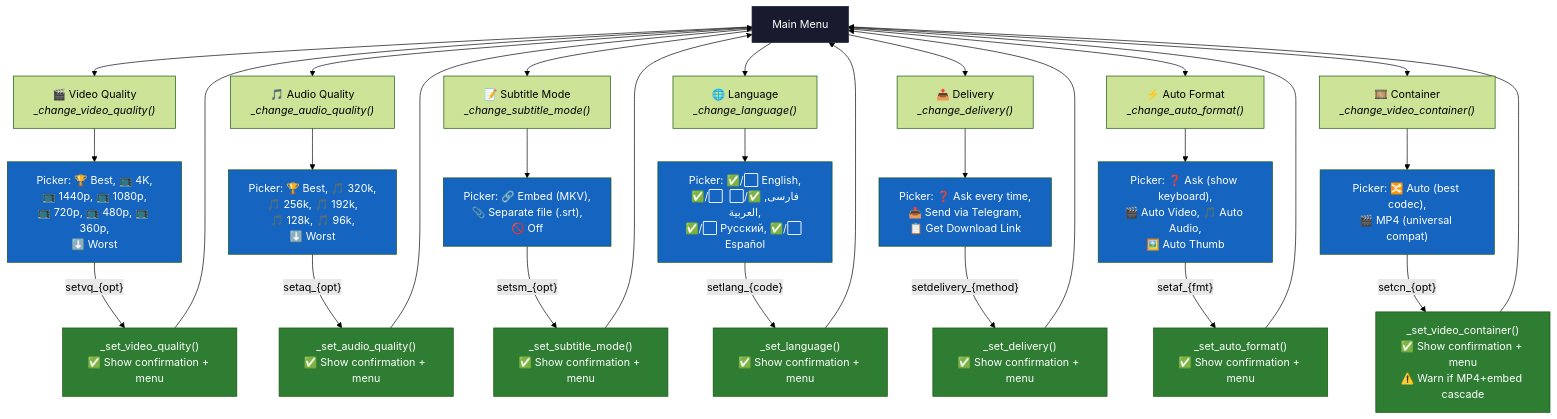
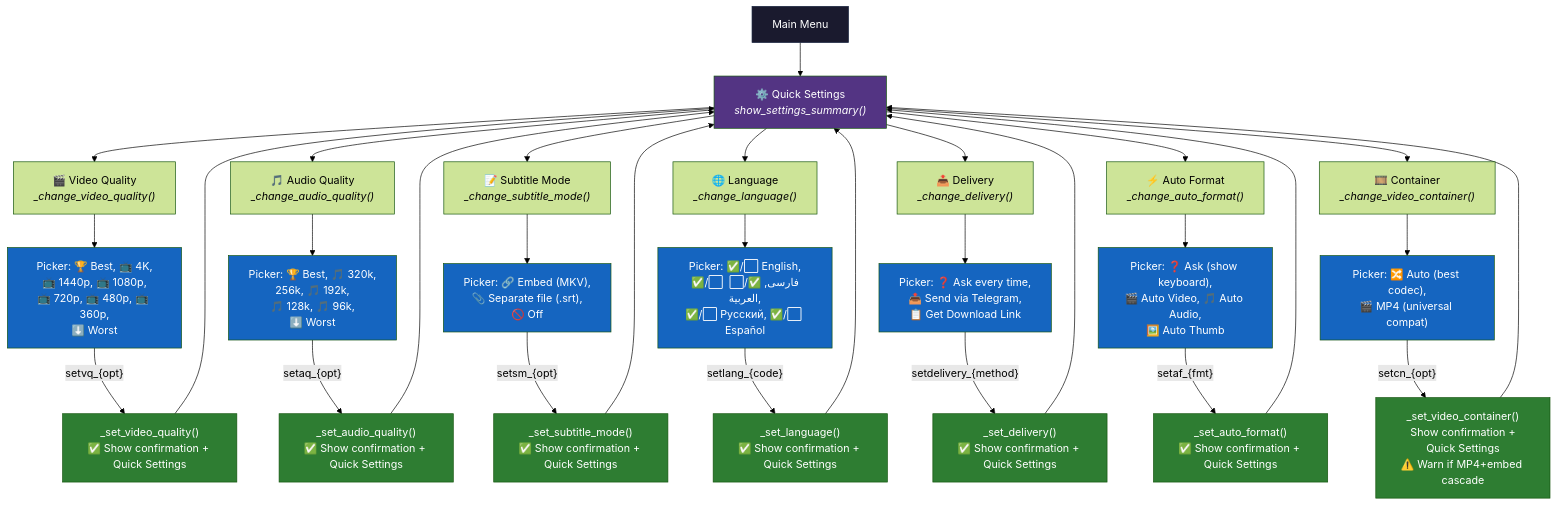
Before and after one commit to HoomanJCode/Telegram_Yt_Bot: the fifth of 17 diagrams in docs/USER_FLOWS.md, drawn with Mermaid (forest theme). The commit also changed other lines of this file, not shown here.

First line of the commit message:
docs(user-flows): update USER_FLOWS.md for redesigned main menu and Quick Settings

````diff
--- a/docs/USER_FLOWS.md
+++ b/docs/USER_FLOWS.md
@@ -156,49 +200,52 @@
 ```mermaid
 flowchart TD
-    MAIN["Main Menu"] --> VQ["🎬 Video Quality<br/><i>_change_video_quality()</i>"]
-    MAIN --> AQ["🎵 Audio Quality<br/><i>_change_audio_quality()</i>"]
-    MAIN --> SM["📝 Subtitle Mode<br/><i>_change_subtitle_mode()</i>"]
-    MAIN --> LANG["🌐 Language<br/><i>_change_language()</i>"]
-    MAIN --> DEL["📤 Delivery<br/><i>_change_delivery()</i>"]
-    MAIN --> AF["⚡ Auto Format<br/><i>_change_auto_format()</i>"]
-    MAIN --> CN["🎞️ Container<br/><i>_change_video_container()</i>"]
+    MAIN["Main Menu"] --> CFG["⚙️ Quick Settings<br/><i>show_settings_summary()</i>"]
+
+    CFG --> VQ["🎬 Video Quality<br/><i>_change_video_quality()</i>"]
+    CFG --> AQ["🎵 Audio Quality<br/><i>_change_audio_quality()</i>"]
+    CFG --> SM["📝 Subtitle Mode<br/><i>_change_subtitle_mode()</i>"]
+    CFG --> LANG["🌐 Language<br/><i>_change_language()</i>"]
+    CFG --> DEL["📤 Delivery<br/><i>_change_delivery()</i>"]
+    CFG --> AF["⚡ Auto Format<br/><i>_change_auto_format()</i>"]
+    CFG --> CN["🎞️ Container<br/><i>_change_video_container()</i>"]
 
     VQ --> VQ_PICK["Picker: 🏆 Best, 📺 4K,<br/>📺 1440p, 📺 1080p,<br/>📺 720p, 📺 480p, 📺 360p,<br/>⬇️ Worst"]
-    VQ_PICK -->|"setvq_{opt}"| VQ_SET["_set_video_quality()<br/>✅ Show confirmation + menu"]
+    VQ_PICK -->|"setvq_{opt}"| VQ_SET["_set_video_quality()<br/>✅ Show confirmation + Quick Settings"]
 
-    AQ --> AQ_PICK["Picker: 🏆 Best, 🎵 320k,<br/>🎵 256k, 🎵 192k,<br/>🎵 128k, 🎵 96k,<br/>⬇️ Worst"]
-    AQ_PICK -->|"setaq_{opt}"| AQ_SET["_set_audio_quality()<br/>✅ Show confirmation + menu"]
+    AQ --> AQ_PICK["Picker: 🏆 Best, 🎵 320k,<br/> 256k, 🎵 192k,<br/>🎵 128k, 🎵 96k,<br/>⬇️ Worst"]
+    AQ_PICK -->|"setaq_{opt}"| AQ_SET["_set_audio_quality()<br/>✅ Show confirmation + Quick Settings"]
 
     SM --> SM_PICK["Picker: 🔗 Embed (MKV),<br/>📎 Separate file (.srt),<br/>🚫 Off"]
-    SM_PICK -->|"setsm_{opt}"| SM_SET["_set_subtitle_mode()<br/>✅ Show confirmation + menu"]
+    SM_PICK -->|"setsm_{opt}"| SM_SET["_set_subtitle_mode()<br/>✅ Show confirmation + Quick Settings"]
 
     LANG --> LANG_PICK["Picker: ✅/⬜ English,<br/>✅/⬜ فارسی, ✅/⬜ العربية,<br/>✅/⬜ Русский, ✅/⬜ Español"]
-    LANG_PICK -->|"setlang_{code}"| LANG_SET["_set_language()<br/>✅ Show confirmation + menu"]
+    LANG_PICK -->|"setlang_{code}"| LANG_SET["_set_language()<br/>✅ Show confirmation + Quick Settings"]
 
     DEL --> DEL_PICK["Picker: ❓ Ask every time,<br/>📤 Send via Telegram,<br/>📋 Get Download Link"]
-    DEL_PICK -->|"setdelivery_{method}"| DEL_SET["_set_delivery()<br/>✅ Show confirmation + menu"]
+    DEL_PICK -->|"setdelivery_{method}"| DEL_SET["_set_delivery()<br/>✅ Show confirmation + Quick Settings"]
 
     AF --> AF_PICK["Picker: ❓ Ask (show keyboard),<br/>🎬 Auto Video, 🎵 Auto Audio,<br/>🖼️ Auto Thumb"]
-    AF_PICK -->|"setaf_{fmt}"| AF_SET["_set_auto_format()<br/>✅ Show confirmation + menu"]
+    AF_PICK -->|"setaf_{fmt}"| AF_SET["_set_auto_format()<br/>✅ Show confirmation + Quick Settings"]
 
     CN --> CN_PICK["Picker: 🔀 Auto (best codec),<br/>🎬 MP4 (universal compat)"]
-    CN_PICK -->|"setcn_{opt}"| CN_SET["_set_video_container()<br/>✅ Show confirmation + menu<br/>⚠️ Warn if MP4+embed cascade"]
+    CN_PICK -->|"setcn_{opt}"| CN_SET["_set_video_container()<br/> Show confirmation + Quick Settings<br/>⚠️ Warn if MP4+embed cascade"]
 
-    VQ_SET & AQ_SET & SM_SET & LANG_SET & DEL_SET & AF_SET & CN_SET --> MAIN
+    VQ_SET & AQ_SET & SM_SET & LANG_SET & DEL_SET & AF_SET & CN_SET --> CFG
 
     style MAIN fill:#1a1a2e,color:#fff,stroke:#16213e
+    style CFG fill:#533483,color:#fff
     style VQ_PICK fill:#1565c0,color:#fff
     style AQ_PICK fill:#1565c0,color:#fff
     style SM_PICK fill:#1565c0,color:#fff
     style LANG_PICK fill:#1565c0,color:#fff
     style DEL_PICK fill:#1565c0,color:#fff
     style AF_PICK fill:#1565c0,color:#fff
     style CN_PICK fill:#1565c0,color:#fff
     style VQ_SET fill:#2e7d32,color:#fff
     style AQ_SET fill:#2e7d32,color:#fff
     style SM_SET fill:#2e7d32,color:#fff
     style LANG_SET fill:#2e7d32,color:#fff
     style DEL_SET fill:#2e7d32,color:#fff
     style AF_SET fill:#2e7d32,color:#fff
     style CN_SET fill:#2e7d32,color:#fff
 ```
````
